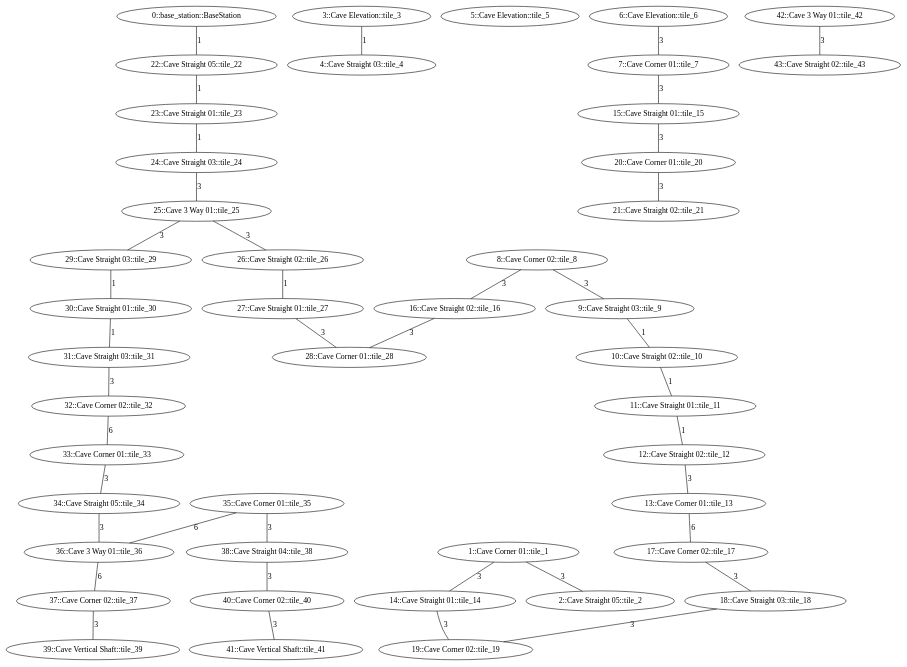
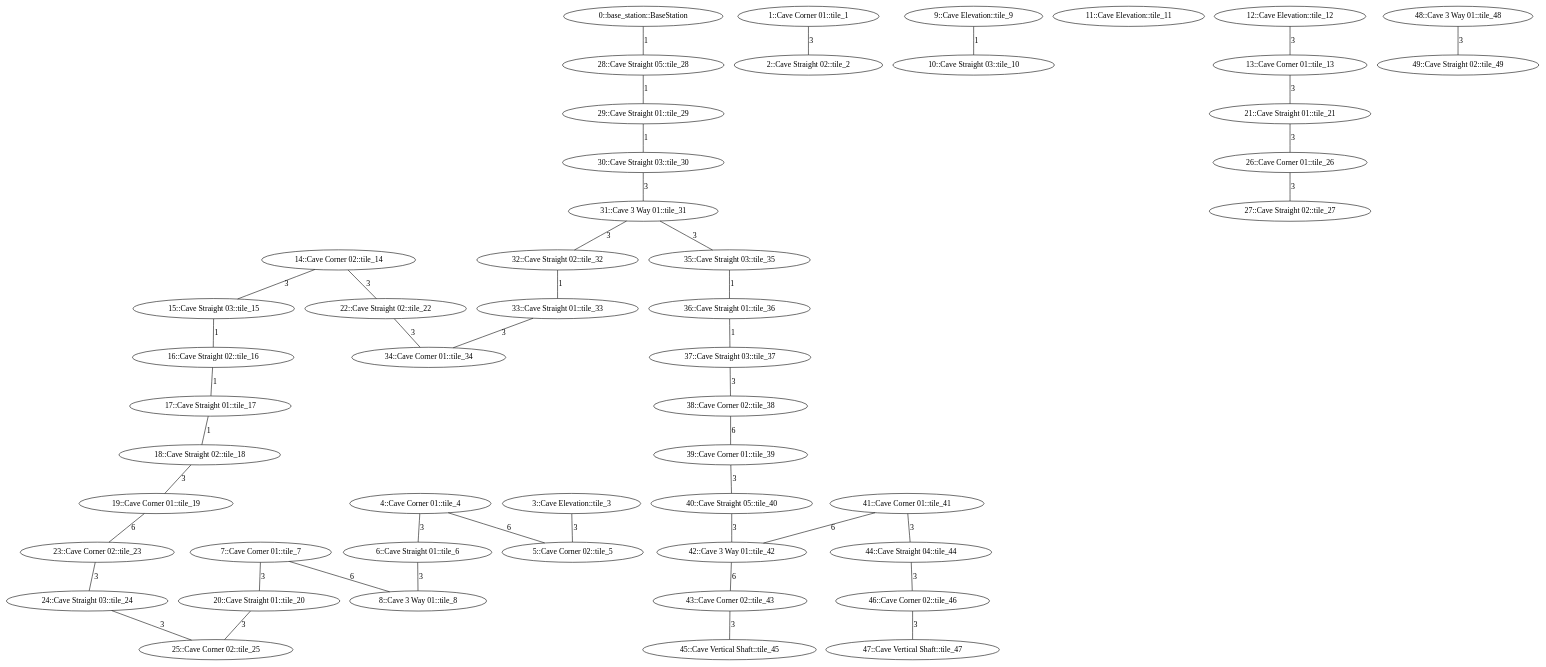
The diagram in subt_ign/worlds/simple_cave_01.dot (osrf/subt), drawn with Graphviz before and after one commit. The commit also changed 2 other files, not shown here.

Commit message:
add branch off of left section of cave

```diff
--- a/subt_ign/worlds/simple_cave_01.dot
+++ b/subt_ign/worlds/simple_cave_01.dot
@@ -1,97 +1,108 @@
 /* Visibility graph for simple_cave_01 */
 /* Generated with the generator.py script: */
-/*   __main__.py simple_cave_01.tsv -\-graph-file simple_cave_01.dot -\-world-file simple_cave_01.sdf -\-world-name simple_cave_01 -\-scale_x 25 -\-scale_y 25 -\-cave -\-y0 75 -\-x0 -2 -\-z0 0 -\-level_type row_col -\-levels_buf 5 */
+/*   __main__.py simple_cave_01.tsv -\-graph-file simple_cave_01.dot -\-world-file simple_cave_01.sdf -\-world-name simple_cave_01 -\-scale_x 25 -\-scale_y 25 -\-cave -\-y0 175 -\-x0 0 -\-z0 0 -\-level_type row_col -\-levels_buf 5 */
 
 graph {
   /* ==== Vertices ==== */
 
   /* Base station / Staging area */
   0   [label="0::base_station::BaseStation"];
 
   1   [label="1::Cave Corner 01::tile_1"];
-  2   [label="2::Cave Straight 05::tile_2"];
+  2   [label="2::Cave Straight 02::tile_2"];
   3   [label="3::Cave Elevation::tile_3"];
-  4   [label="4::Cave Straight 03::tile_4"];
-  5   [label="5::Cave Elevation::tile_5"];
-  6   [label="6::Cave Elevation::tile_6"];
+  4   [label="4::Cave Corner 01::tile_4"];
+  5   [label="5::Cave Corner 02::tile_5"];
+  6   [label="6::Cave Straight 01::tile_6"];
   7   [label="7::Cave Corner 01::tile_7"];
-  8   [label="8::Cave Corner 02::tile_8"];
-  9   [label="9::Cave Straight 03::tile_9"];
-  10  [label="10::Cave Straight 02::tile_10"];
-  11  [label="11::Cave Straight 01::tile_11"];
-  12  [label="12::Cave Straight 02::tile_12"];
+  8   [label="8::Cave 3 Way 01::tile_8"];
+  9   [label="9::Cave Elevation::tile_9"];
+  10  [label="10::Cave Straight 03::tile_10"];
+  11  [label="11::Cave Elevation::tile_11"];
+  12  [label="12::Cave Elevation::tile_12"];
   13  [label="13::Cave Corner 01::tile_13"];
-  14  [label="14::Cave Straight 01::tile_14"];
-  15  [label="15::Cave Straight 01::tile_15"];
+  14  [label="14::Cave Corner 02::tile_14"];
+  15  [label="15::Cave Straight 03::tile_15"];
   16  [label="16::Cave Straight 02::tile_16"];
-  17  [label="17::Cave Corner 02::tile_17"];
-  18  [label="18::Cave Straight 03::tile_18"];
-  19  [label="19::Cave Corner 02::tile_19"];
-  20  [label="20::Cave Corner 01::tile_20"];
-  21  [label="21::Cave Straight 02::tile_21"];
-  22  [label="22::Cave Straight 05::tile_22"];
-  23  [label="23::Cave Straight 01::tile_23"];
+  17  [label="17::Cave Straight 01::tile_17"];
+  18  [label="18::Cave Straight 02::tile_18"];
+  19  [label="19::Cave Corner 01::tile_19"];
+  20  [label="20::Cave Straight 01::tile_20"];
+  21  [label="21::Cave Straight 01::tile_21"];
+  22  [label="22::Cave Straight 02::tile_22"];
+  23  [label="23::Cave Corner 02::tile_23"];
   24  [label="24::Cave Straight 03::tile_24"];
-  25  [label="25::Cave 3 Way 01::tile_25"];
-  26  [label="26::Cave Straight 02::tile_26"];
-  27  [label="27::Cave Straight 01::tile_27"];
-  28  [label="28::Cave Corner 01::tile_28"];
-  29  [label="29::Cave Straight 03::tile_29"];
-  30  [label="30::Cave Straight 01::tile_30"];
-  31  [label="31::Cave Straight 03::tile_31"];
-  32  [label="32::Cave Corner 02::tile_32"];
-  33  [label="33::Cave Corner 01::tile_33"];
-  34  [label="34::Cave Straight 05::tile_34"];
-  35  [label="35::Cave Corner 01::tile_35"];
-  36  [label="36::Cave 3 Way 01::tile_36"];
-  37  [label="37::Cave Corner 02::tile_37"];
-  38  [label="38::Cave Straight 04::tile_38"];
-  39  [label="39::Cave Vertical Shaft::tile_39"];
-  40  [label="40::Cave Corner 02::tile_40"];
-  41  [label="41::Cave Vertical Shaft::tile_41"];
+  25  [label="25::Cave Corner 02::tile_25"];
+  26  [label="26::Cave Corner 01::tile_26"];
+  27  [label="27::Cave Straight 02::tile_27"];
+  28  [label="28::Cave Straight 05::tile_28"];
+  29  [label="29::Cave Straight 01::tile_29"];
+  30  [label="30::Cave Straight 03::tile_30"];
+  31  [label="31::Cave 3 Way 01::tile_31"];
+  32  [label="32::Cave Straight 02::tile_32"];
+  33  [label="33::Cave Straight 01::tile_33"];
+  34  [label="34::Cave Corner 01::tile_34"];
+  35  [label="35::Cave Straight 03::tile_35"];
+  36  [label="36::Cave Straight 01::tile_36"];
+  37  [label="37::Cave Straight 03::tile_37"];
+  38  [label="38::Cave Corner 02::tile_38"];
+  39  [label="39::Cave Corner 01::tile_39"];
+  40  [label="40::Cave Straight 05::tile_40"];
+  41  [label="41::Cave Corner 01::tile_41"];
   42  [label="42::Cave 3 Way 01::tile_42"];
-  43  [label="43::Cave Straight 02::tile_43"];
+  43  [label="43::Cave Corner 02::tile_43"];
+  44  [label="44::Cave Straight 04::tile_44"];
+  45  [label="45::Cave Vertical Shaft::tile_45"];
+  46  [label="46::Cave Corner 02::tile_46"];
+  47  [label="47::Cave Vertical Shaft::tile_47"];
+  48  [label="48::Cave 3 Way 01::tile_48"];
+  49  [label="49::Cave Straight 02::tile_49"];
 
   /* ==== Edges ==== */
 
   /* Base station */
-  0  -- 22  [label=1];
+  0  -- 28  [label=1];
   1  -- 2   [label=3];
-  1  -- 14  [label=3];
-  3  -- 4   [label=1];
-  6  -- 7   [label=3];
-  7  -- 15  [label=3];
-  8  -- 9   [label=3];
-  8  -- 16  [label=3];
+  3  -- 5   [label=3];
+  4  -- 5   [label=6];
+  4  -- 6   [label=3];
+  6  -- 8   [label=3];  /* Intersection */
+  7  -- 8   [label=6];  /* Intersection */
+  7  -- 20  [label=3];
   9  -- 10  [label=1];
-  10 -- 11  [label=1];
-  11 -- 12  [label=1];
   12 -- 13  [label=3];
-  13 -- 17  [label=6];
-  14 -- 19  [label=3];
-  15 -- 20  [label=3];
-  16 -- 28  [label=3];
-  17 -- 18  [label=3];
+  13 -- 21  [label=3];
+  14 -- 15  [label=3];
+  14 -- 22  [label=3];
+  15 -- 16  [label=1];
+  16 -- 17  [label=1];
+  17 -- 18  [label=1];
   18 -- 19  [label=3];
-  20 -- 21  [label=3];
-  22 -- 23  [label=1];
-  23 -- 24  [label=1];
-  24 -- 25  [label=3];  /* Intersection */
-  25 -- 26  [label=3];  /* Intersection */
-  25 -- 29  [label=3];  /* Intersection */
-  26 -- 27  [label=1];
-  27 -- 28  [label=3];
+  19 -- 23  [label=6];
+  20 -- 25  [label=3];
+  21 -- 26  [label=3];
+  22 -- 34  [label=3];
+  23 -- 24  [label=3];
+  24 -- 25  [label=3];
+  26 -- 27  [label=3];
+  28 -- 29  [label=1];
   29 -- 30  [label=1];
-  30 -- 31  [label=1];
-  31 -- 32  [label=3];
-  32 -- 33  [label=6];
+  30 -- 31  [label=3];  /* Intersection */
+  31 -- 32  [label=3];  /* Intersection */
+  31 -- 35  [label=3];  /* Intersection */
+  32 -- 33  [label=1];
   33 -- 34  [label=3];
-  34 -- 36  [label=3];  /* Intersection */
-  35 -- 36  [label=6];  /* Intersection */
-  35 -- 38  [label=3];
-  36 -- 37  [label=6];  /* Intersection */
-  37 -- 39  [label=3];
-  38 -- 40  [label=3];
-  40 -- 41  [label=3];
-  42 -- 43  [label=3];  /* Intersection */
+  35 -- 36  [label=1];
+  36 -- 37  [label=1];
+  37 -- 38  [label=3];
+  38 -- 39  [label=6];
+  39 -- 40  [label=3];
+  40 -- 42  [label=3];  /* Intersection */
+  41 -- 42  [label=6];  /* Intersection */
+  41 -- 44  [label=3];
+  42 -- 43  [label=6];  /* Intersection */
+  43 -- 45  [label=3];
+  44 -- 46  [label=3];
+  46 -- 47  [label=3];
+  48 -- 49  [label=3];  /* Intersection */
 }
```
